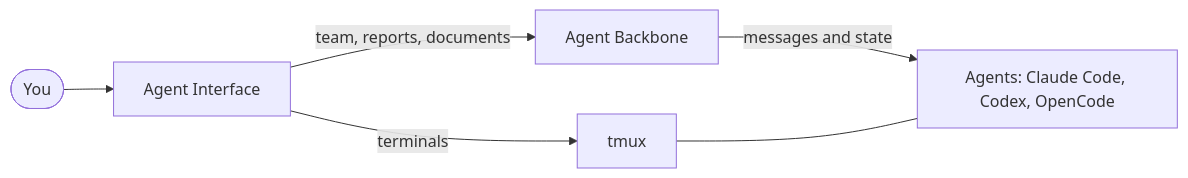
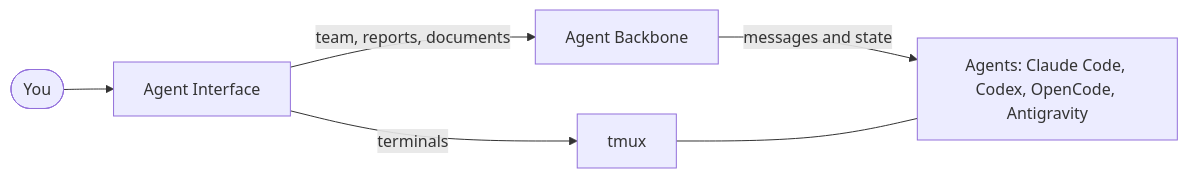
One commit to eandualem/agent-interface changed the diagram in README.md. Above: the diagram before and after it, drawn with Mermaid. The commit also changed other lines of this file and 8 other files, not shown here.

First line of the commit message:
fix: first run without Agent Backbone, plain Connections messages and current docs (#314)

````diff
--- a/README.md
+++ b/README.md
@@ -51,8 +51,8 @@
 ```mermaid
 flowchart LR
   you([You]) --> app[Agent Interface]
   app -- terminals --> tmux[tmux]
   app -- "team, reports, documents" --> backbone[Agent Backbone]
-  backbone -- "messages and state" --> agents["Agents: Claude Code, Codex, OpenCode"]
+  backbone -- "messages and state" --> agents["Agents: Claude Code, Codex, OpenCode, Antigravity"]
   tmux --- agents
 ```
````
